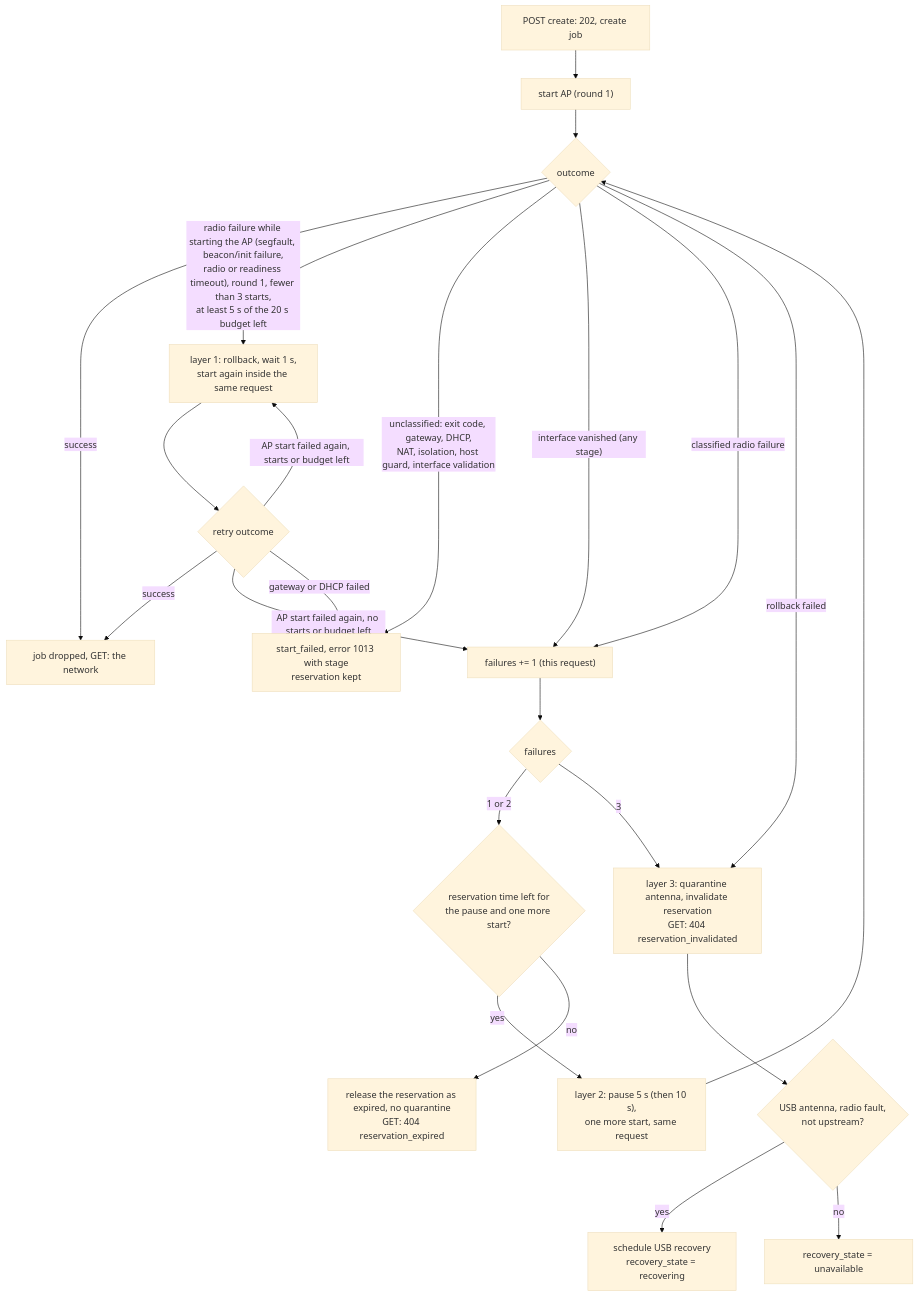
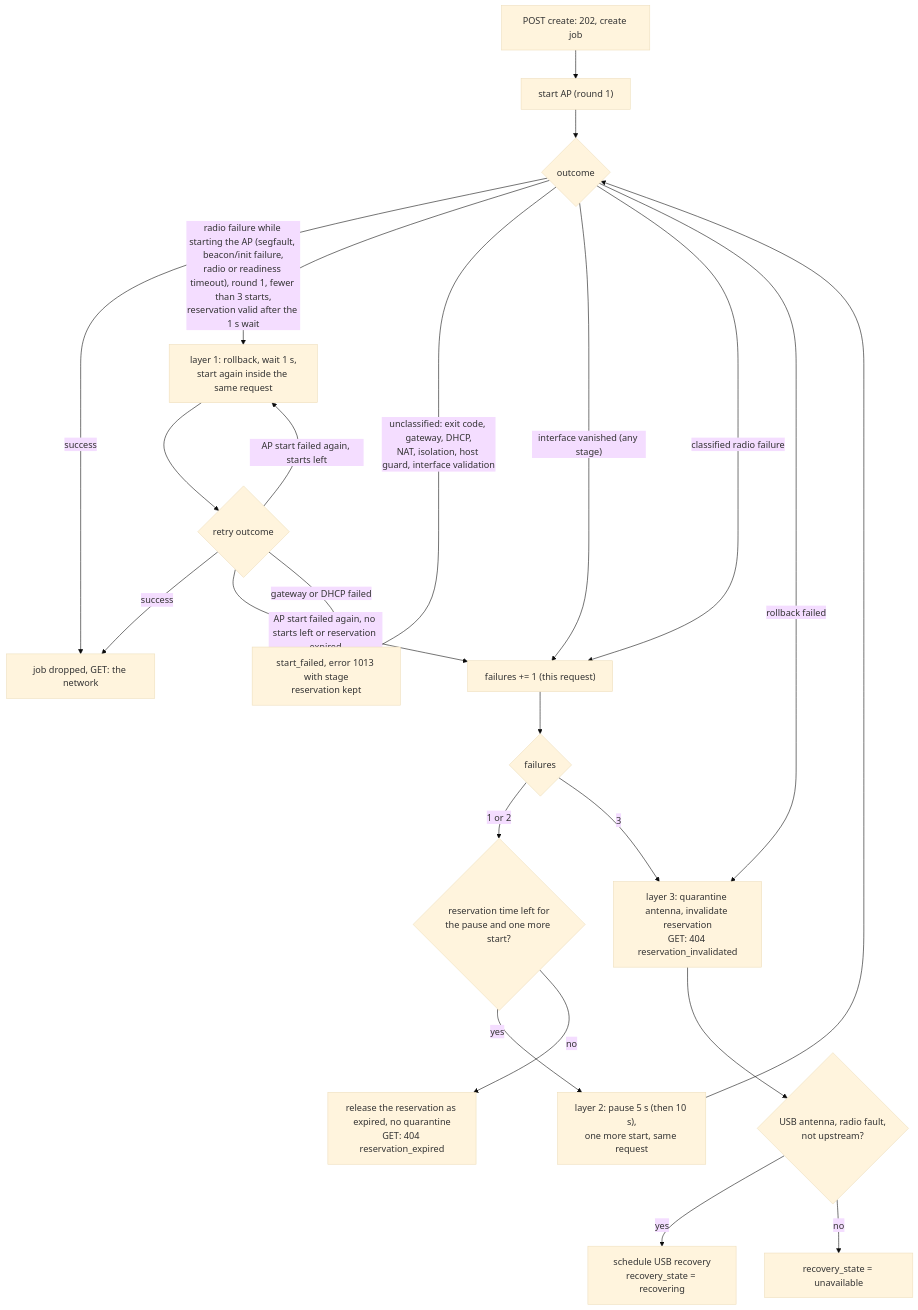
The tenth of 15 diagrams in docs/architecture.md (caporalesimone/wi-lab), drawn with Mermaid (base theme) before and after one commit. The commit also changed other lines of this file and 10 other files, not shown here.

First line of the commit message:
fix(start): internal retries have no 20 s budget (REV-5)

````diff
--- a/docs/architecture.md
+++ b/docs/architecture.md
@@ -580,25 +579,25 @@
 ```mermaid
 flowchart TD
     S["POST create: 202, create job"] --> ST["start AP (round 1)"]
     ST --> OUT{"outcome"}
     OUT -->|success| OK["job dropped, GET: the network"]
-    OUT -->|"radio failure while starting the AP (segfault, beacon/init failure,<br/>radio or readiness timeout), round 1, fewer than 3 starts,<br/>at least 5 s of the 20 s budget left"| IR["layer 1: rollback, wait 1 s,<br/>start again inside the same request"]
+    OUT -->|"radio failure while starting the AP (segfault, beacon/init failure,<br/>radio or readiness timeout), round 1, fewer than 3 starts,<br/>reservation valid after the 1 s wait"| IR["layer 1: rollback, wait 1 s,<br/>start again inside the same request"]
     IR --> OUT2{"retry outcome"}
     OUT2 -->|success| OK
-    OUT2 -->|"AP start failed again, starts or budget left"| IR
-    OUT2 -->|"AP start failed again, no starts or budget left"| CL
+    OUT2 -->|"AP start failed again, starts left"| IR
+    OUT2 -->|"AP start failed again, no starts left or reservation expired"| CL
     OUT2 -->|"gateway or DHCP failed"| G
     OUT -->|"unclassified: exit code, gateway, DHCP,<br/>NAT, isolation, host guard, interface validation"| G["start_failed, error 1013 with stage<br/>reservation kept"]
     OUT -->|"interface vanished (any stage)"| CL
     OUT -->|classified radio failure| CL["failures += 1 (this request)"]
     OUT -->|rollback failed| Q
     CL --> N{"failures"}
     N -->|"1 or 2"| T{"reservation time left for<br/>the pause and one more start?"}
     T -->|yes| P["layer 2: pause 5 s (then 10 s),<br/>one more start, same request"]
     P --> OUT
     T -->|no| REL["release the reservation as expired, no quarantine<br/>GET: 404 reservation_expired"]
     N -->|3| Q["layer 3: quarantine antenna, invalidate reservation<br/>GET: 404 reservation_invalidated"]
     Q --> U{"USB antenna, radio fault,<br/>not upstream?"}
     U -->|yes| REC["schedule USB recovery<br/>recovery_state = recovering"]
     U -->|no| UN["recovery_state = unavailable"]
 ```
````
